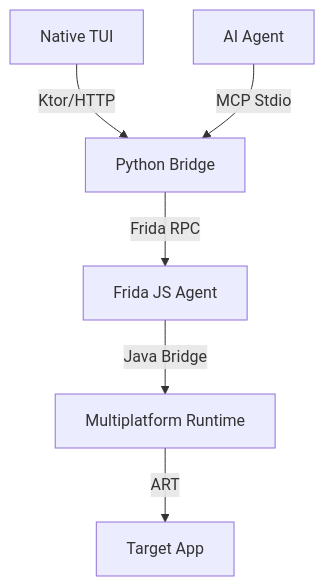
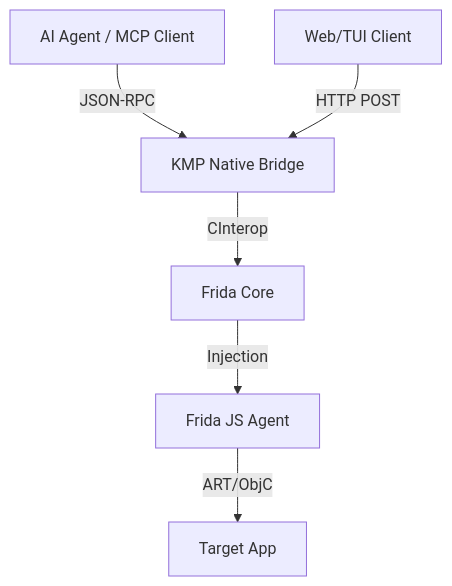
Before and after one commit to victorlpgazolli/barbatos: the diagram in README.md, drawn with Mermaid. The commit also changed other lines of this file and 2 other files, not shown here.

Commit message:
docs: update GEMINI.md, README.md and create CLAUDE.md reflecting the new KMP architecture

````diff
--- a/README.md
+++ b/README.md
@@ -95,8 +41,8 @@
 ```mermaid
 graph TD
-    A[Native TUI] -->|Ktor/HTTP| C[Python Bridge]
-    B[AI Agent] -->|MCP Stdio| C
-    C -->|Frida RPC| D[Frida JS Agent]
-    D -->|Java Bridge| E[Multiplatform Runtime]
-    E -->|ART| F[Target App]
+    A[AI Agent / MCP Client] -->|JSON-RPC| B[KMP Native Bridge]
+    C[Web/TUI Client] -->|HTTP POST| B
+    B -->|CInterop| D[Frida Core]
+    D -->|Injection| E[Frida JS Agent]
+    E -->|ART/ObjC| F[Target App]
 ```
````
